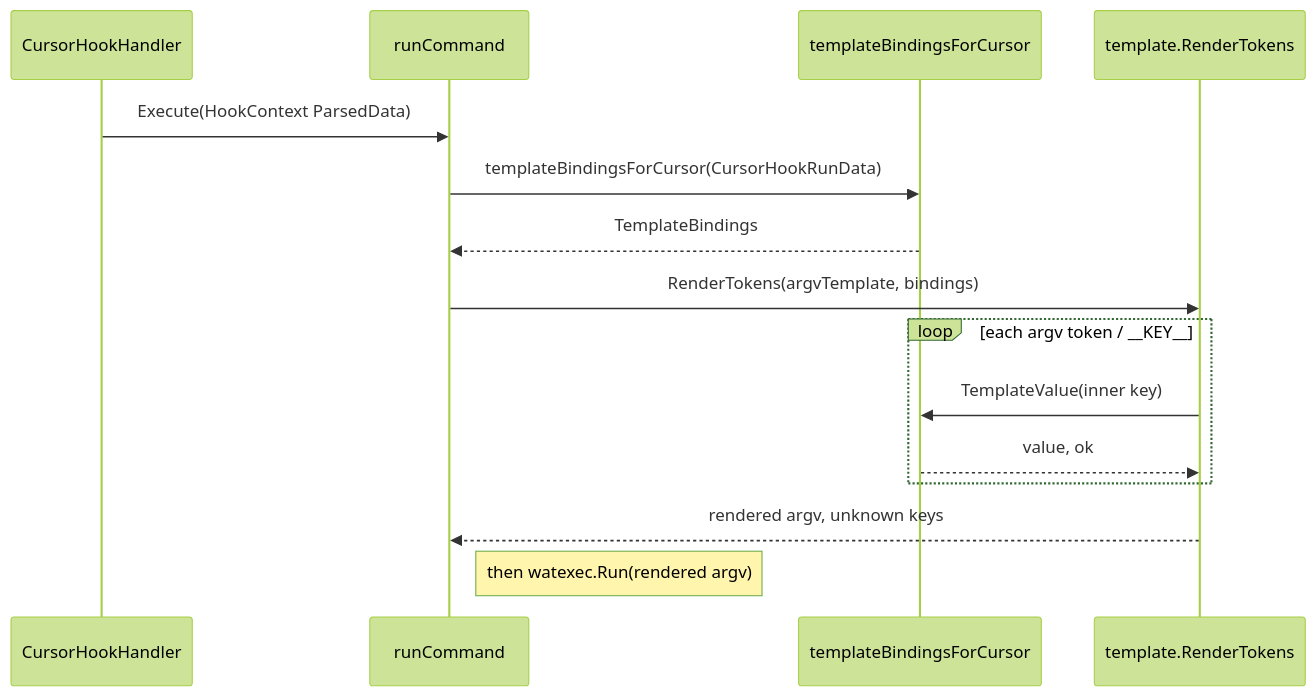
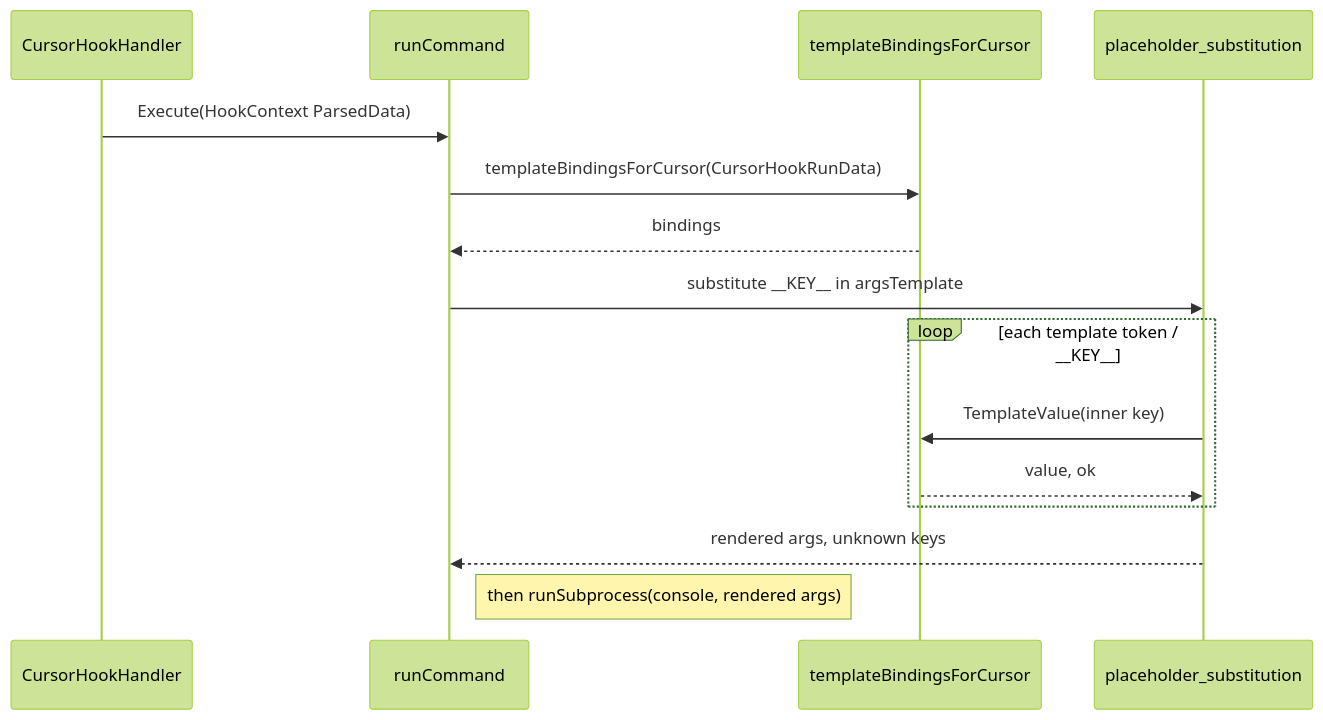
Before and after one commit to sviatsviatsviat/wat: the third of 3 diagrams in README.md, drawn with Mermaid (forest theme). The commit also changed other lines of this file and 29 other files, not shown here.

First line of the commit message:
refactor: merge template and watexec into internal/run

````diff
--- a/README.md
+++ b/README.md
@@ -254,18 +254,18 @@
 ```mermaid
 sequenceDiagram
   participant H as CursorHookHandler
   participant Run as runCommand
   participant TB as templateBindingsForCursor
-  participant R as template.RenderTokens
+  participant R as placeholder_substitution
 
   H->>Run: Execute(HookContext ParsedData)
   Run->>TB: templateBindingsForCursor(CursorHookRunData)
-  TB-->>Run: TemplateBindings
-  Run->>R: RenderTokens(argvTemplate, bindings)
-  loop each argv token / __KEY__
+  TB-->>Run: bindings
+  Run->>R: substitute __KEY__ in argsTemplate
+  loop each template token / __KEY__
     R->>TB: TemplateValue(inner key)
     TB-->>R: value, ok
   end
-  R-->>Run: rendered argv, unknown keys
-  Note right of Run: then watexec.Run(rendered argv)
+  R-->>Run: rendered args, unknown keys
+  Note right of Run: then runSubprocess(console, rendered args)
 ```
````
